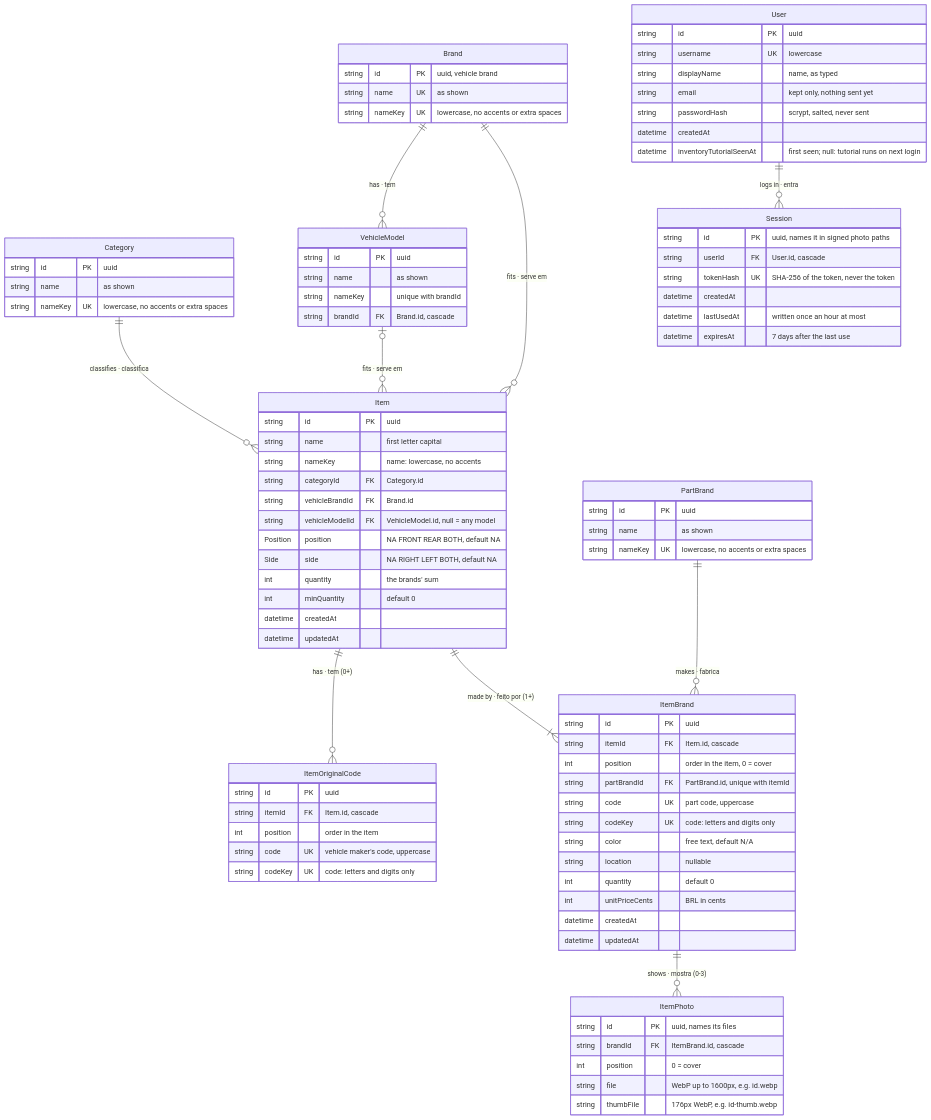
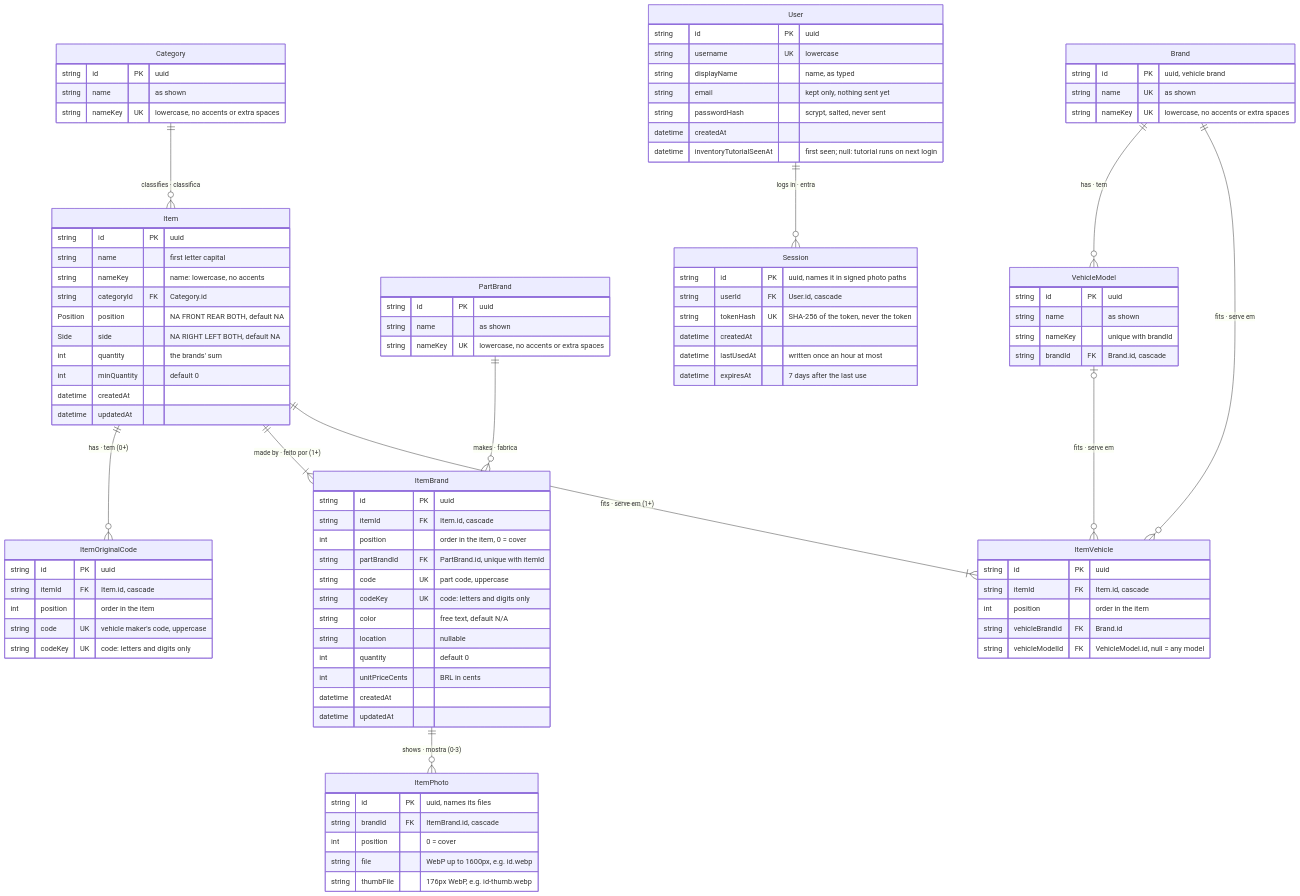
One commit to ChrisCamilo/apc-universal-repair changed the diagram in docs/database.md. Above: the diagram before and after it, drawn with Mermaid. The commit also changed other lines of this file and 1 other file, not shown here.

Commit message:
docs: Describe the vehicles an item fits

```diff
--- a/docs/database.md
+++ b/docs/database.md
@@ -12,9 +12,10 @@
 erDiagram
     Category ||--o{ Item : "classifies · classifica"
     PartBrand ||--o{ ItemBrand : "makes · fabrica"
-    Brand ||--o{ Item : "fits · serve em"
+    Brand ||--o{ ItemVehicle : "fits · serve em"
     Brand ||--o{ VehicleModel : "has · tem"
-    VehicleModel |o--o{ Item : "fits · serve em"
+    VehicleModel |o--o{ ItemVehicle : "fits · serve em"
+    Item ||--|{ ItemVehicle : "fits · serve em (1+)"
     Item ||--|{ ItemBrand : "made by · feito por (1+)"
     Item ||--o{ ItemOriginalCode : "has · tem (0+)"
     ItemBrand ||--o{ ItemPhoto : "shows · mostra (0-3)"
@@ -25,8 +26,6 @@
         string name "first letter capital"
         string nameKey "name: lowercase, no accents"
         string categoryId FK "Category.id"
-        string vehicleBrandId FK "Brand.id"
-        string vehicleModelId FK "VehicleModel.id, null = any model"
         Position position "NA FRONT REAR BOTH, default NA"
         Side side "NA RIGHT LEFT BOTH, default NA"
         int quantity "the brands' sum"
@@ -47,6 +46,13 @@
         int unitPriceCents "BRL in cents"
         datetime createdAt
         datetime updatedAt
+    }
+    ItemVehicle {
+        string id PK "uuid"
+        string itemId FK "Item.id, cascade"
+        int position "order in the item"
+        string vehicleBrandId FK "Brand.id"
+        string vehicleModelId FK "VehicleModel.id, null = any model"
     }
     ItemOriginalCode {
         string id PK "uuid"
```
